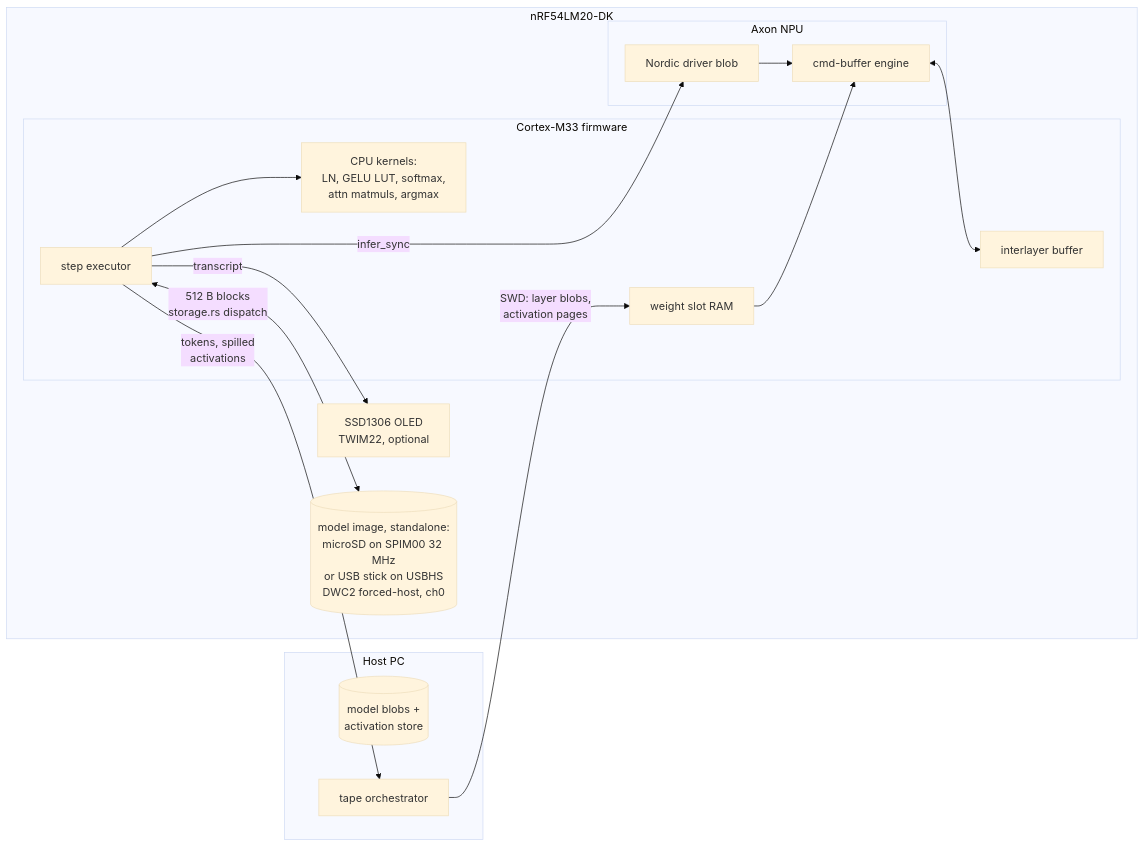
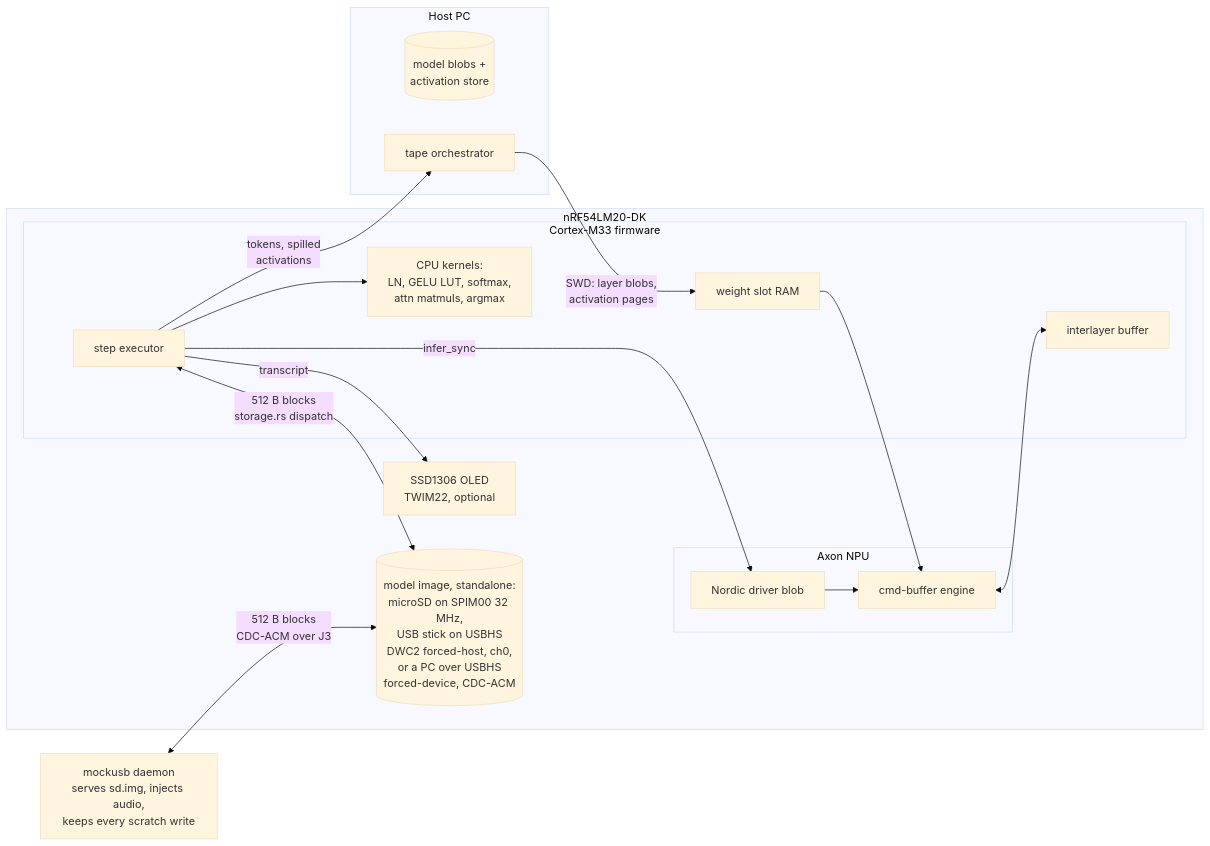
The diagram in Whisper/README.md (RustDyno/nrf54lm20-dk), drawn with Mermaid (base theme) before and after one commit. The commit also changed other lines of this file and 17 other files, not shown here.

First line of the commit message:
Whisper: mock USB rig; accuracy localized to the microphone

````diff
--- a/Whisper/README.md
+++ b/Whisper/README.md
@@ -43,39 +43,45 @@
 ```mermaid
 flowchart LR
   subgraph host [Host PC]
     STORE[(model blobs +
 activation store)]
     ORCH[tape orchestrator]
   end
   subgraph dk [nRF54LM20-DK]
     subgraph m33 [Cortex-M33 firmware]
       EXEC[step executor]
       GLUE[CPU kernels:
 LN, GELU LUT, softmax,
 attn matmuls, argmax]
       SLOT[weight slot RAM]
       IL[interlayer buffer]
     end
     OLED[SSD1306 OLED
 TWIM22, optional]
     STOR[(model image, standalone:
-microSD on SPIM00 32 MHz
-or USB stick on USBHS
-DWC2 forced-host, ch0)]
+microSD on SPIM00 32 MHz,
+USB stick on USBHS
+DWC2 forced-host, ch0,
+or a PC over USBHS
+forced-device, CDC-ACM)]
     EXEC -->|transcript| OLED
     EXEC <-->|512 B blocks
 storage.rs dispatch| STOR
     subgraph axon [Axon NPU]
       DRV[Nordic driver blob]
       ENG[cmd-buffer engine]
     end
   end
   ORCH -->|SWD: layer blobs,
 activation pages| SLOT
+  MOCK[mockusb daemon
+serves sd.img, injects audio,
+keeps every scratch write] <-->|512 B blocks
+CDC-ACM over J3| STOR
   EXEC -->|tokens, spilled
 activations| ORCH
   EXEC --> GLUE
   EXEC -->|infer_sync| DRV --> ENG
   SLOT --> ENG
   ENG <--> IL
 ```
````
